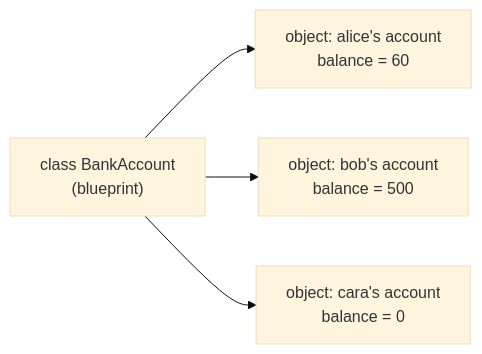
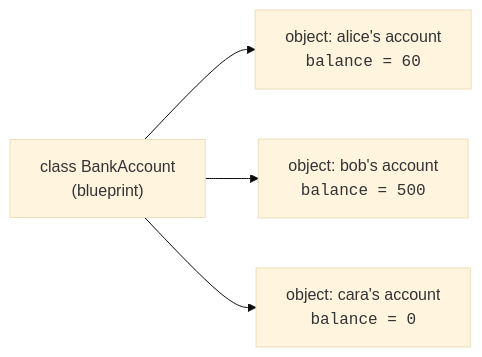
The first of 2 diagrams in content/learn/intro-modern-csharp/classes-and-objects.mdx (dataslope/dataslope), drawn with Mermaid (base theme) before and after one commit. The commit also changed other lines of this file and 218 other files, not shown here.

First line of the commit message:
Render code-only mermaid shapes in monospace; convert step sequences to Steps (#467)

````diff
--- a/content/learn/intro-modern-csharp/classes-and-objects.mdx
+++ b/content/learn/intro-modern-csharp/classes-and-objects.mdx
@@ -55,6 +55,6 @@
 ```mermaid
 flowchart LR
-    A["class BankAccount<br/>(blueprint)"] --> O1["object: alice's account<br/>balance = 60"]
-    A --> O2["object: bob's account<br/>balance = 500"]
-    A --> O3["object: cara's account<br/>balance = 0"]
+    A["class BankAccount<br/>(blueprint)"] --> O1["object: alice's account<br/><code>balance = 60</code>"]
+    A --> O2["object: bob's account<br/><code>balance = 500</code>"]
+    A --> O3["object: cara's account<br/><code>balance = 0</code>"]
 ```
````
